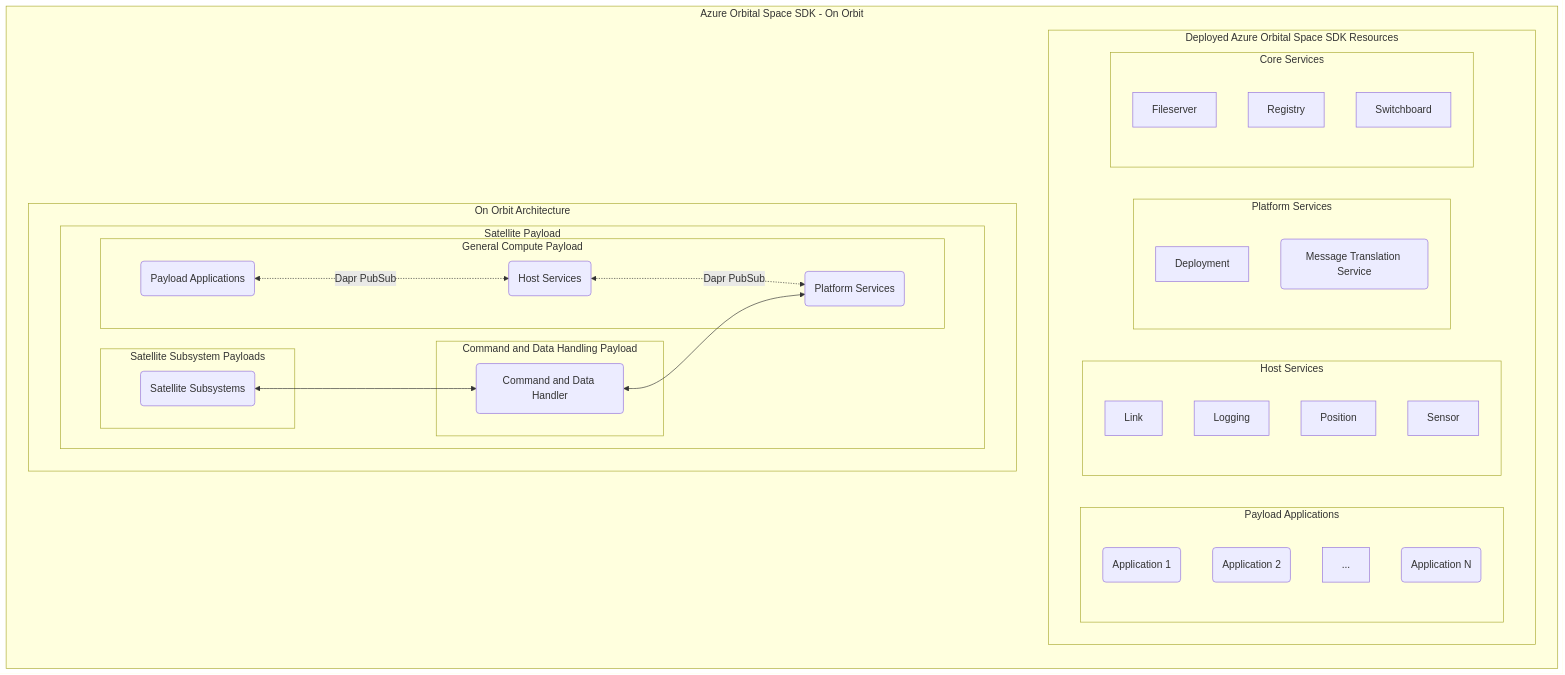
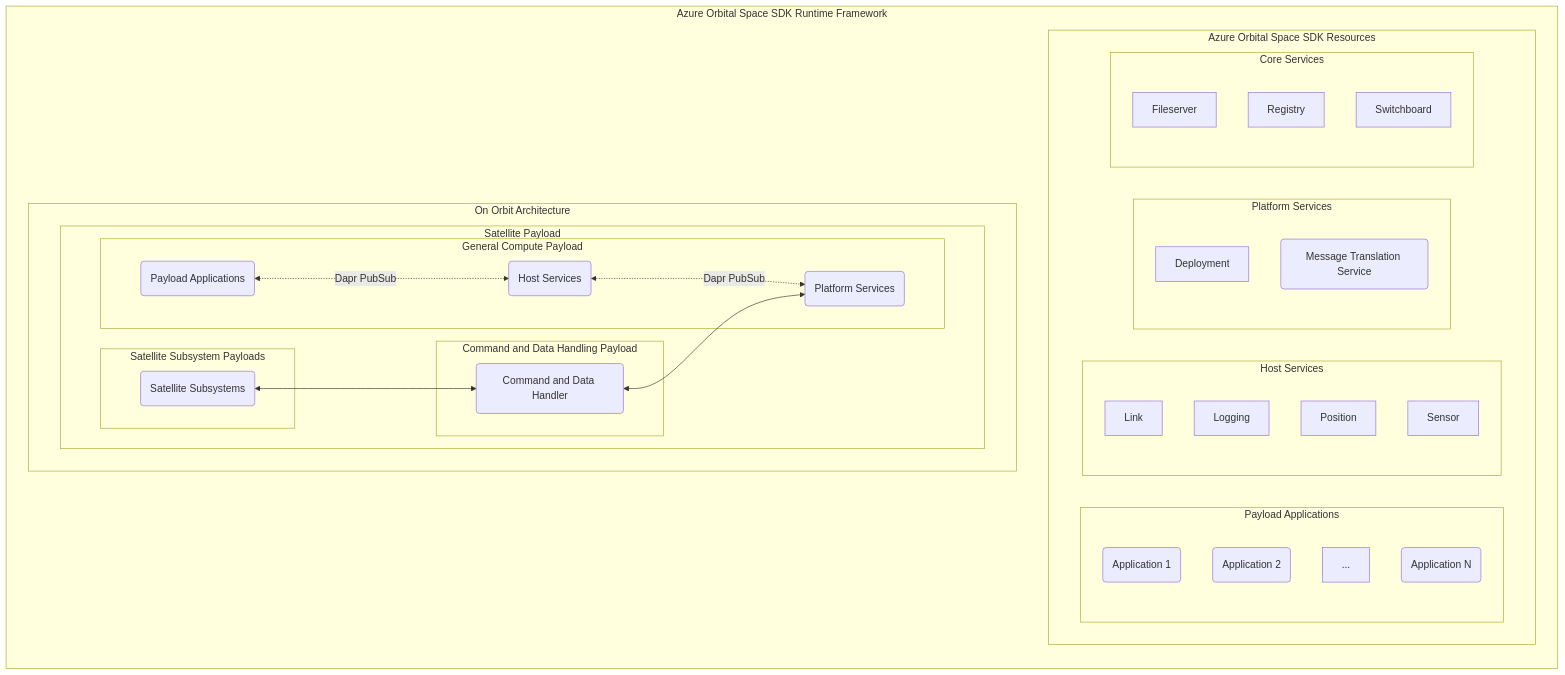
One commit to microsoft/azure-orbital-space-sdk changed the first of 2 diagrams in docs/architecture/architecture.md. Above: the diagram before and after it, drawn with Mermaid. The commit also changed other lines of this file, not shown here.

Commit message:
adds vth mermaid diagram to architecture.md

````diff
--- a/docs/architecture/architecture.md
+++ b/docs/architecture/architecture.md
@@ -23,52 +23,52 @@
 ```mermaid
 flowchart LR
-    subgraph "Azure Orbital Space SDK - On Orbit"
-        subgraph "Deployed Azure Orbital Space SDK Resources"
+    subgraph "Azure Orbital Space SDK Runtime Framework"
+        subgraph "Azure Orbital Space SDK Resources"
             direction LR
             subgraph "Payload Applications"
                 direction TB
                 Application-1(Application 1)
                 Application-2(Application 2)
                 ...
                 Application-N(Application N)
             end
             subgraph "Host Services"
                 direction TB
                 Link
                 Logging
                 Position
                 Sensor
             end
             subgraph "Platform Services"
                 direction TB
                 Deployment
                 Message-Translation-Service(Message Translation Service)
             end
             subgraph "Core Services"
                 direction TB
                 Fileserver
                 Registry
                 Switchboard
             end
         end
         subgraph "On Orbit Architecture"
             subgraph "Satellite Payload"
                 subgraph "General Compute Payload"
                     Payload-Applications(Payload Applications)
                     Host-Services(Host Services)
                     Platform-Services(Platform Services)
                     Payload-Applications  <-. Dapr PubSub .-> Host-Services
                     Host-Services <-. Dapr PubSub .-> Platform-Services
                 end
                 subgraph "Command and Data Handling Payload"
                     Command-and-Data-Handler(Command and Data Handler)
                     Command-and-Data-Handler <--> Platform-Services
                 end
                 subgraph "Satellite Subsystem Payloads"
                     Satellite-Subsystems(Satellite Subsystems)
                     Satellite-Subsystems <--> Command-and-Data-Handler
                 end
             end
         end
     end
 ```
````
